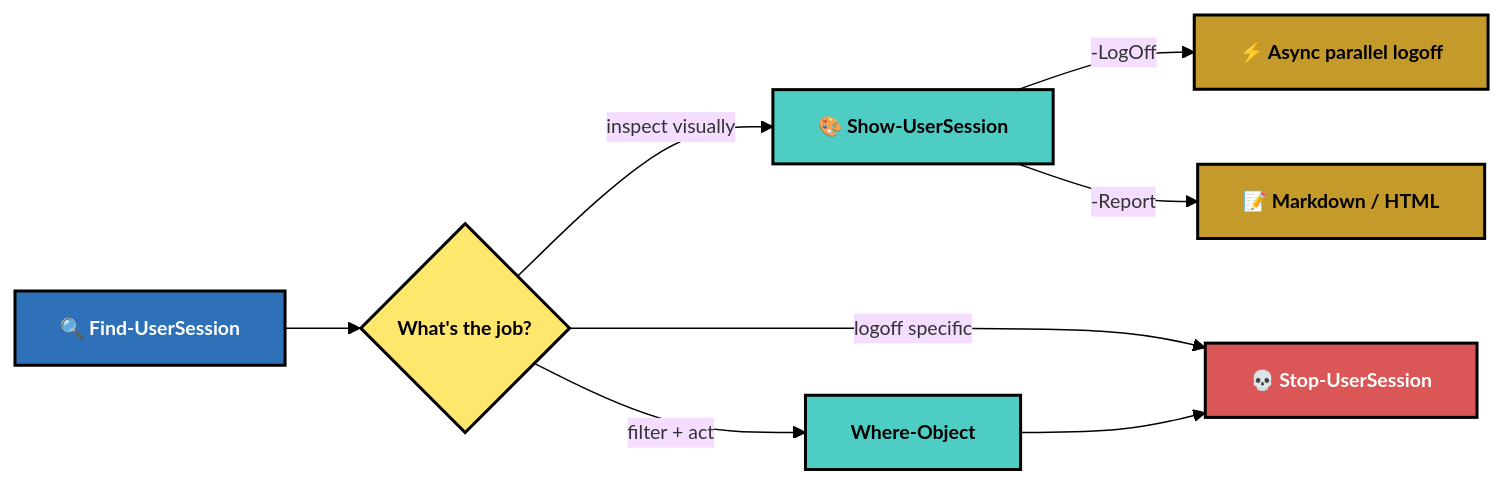
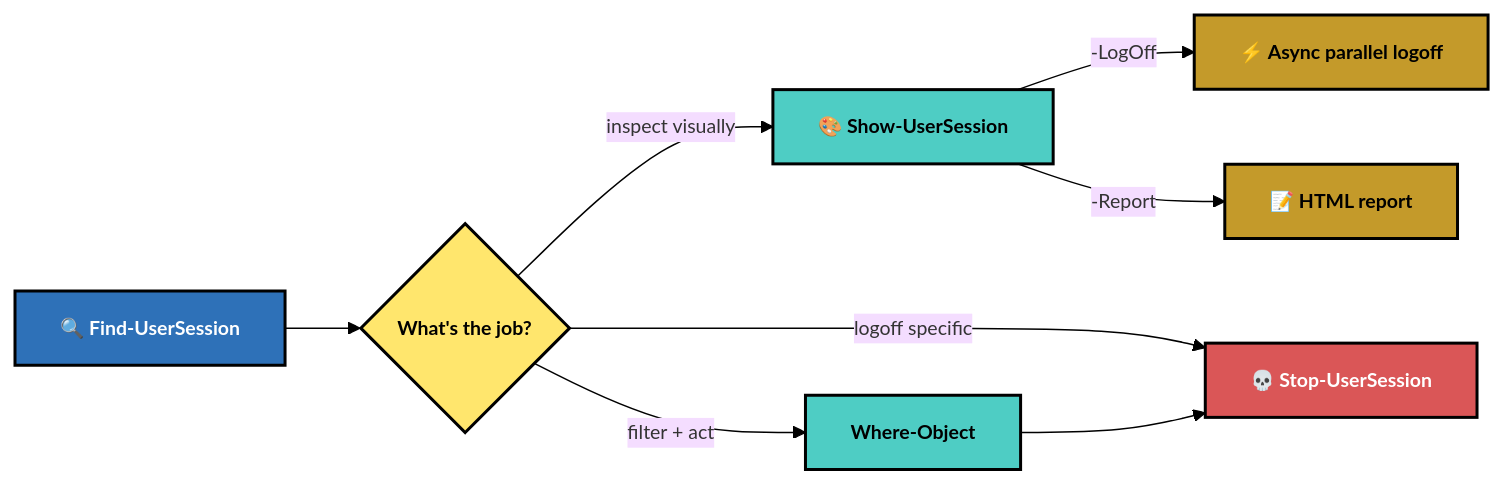
One commit to LISSConsulting/LISSTech.UserSessions changed the second of 3 diagrams in README.md. Above: the diagram before and after it, drawn with Mermaid. The commit also changed other lines of this file and 15 other files, not shown here.

````diff
--- a/README.md
+++ b/README.md
@@ -96,23 +96,23 @@
 ```mermaid
 %%{init: {'theme': 'base', 'themeVariables': {'fontFamily': 'monospace', 'fontSize': '13px', 'primaryBorderColor': '#000', 'lineColor': '#000'}}}%%
 graph LR
     A["🔍 Find-UserSession"] --> B{"What's the job?"}
     B -->|"inspect visually"| C["🎨 Show-UserSession"]
     B -->|"filter + act"| D["Where-Object"]
     B -->|"logoff specific"| E["💀 Stop-UserSession"]
     D --> E
     C -->|"-LogOff"| F["⚡ Async parallel logoff"]
-    C -->|"-Report"| G["📝 Markdown / HTML"]
+    C -->|"-Report"| G["📝 HTML report"]
 
     classDef blue fill:#2E71B8,stroke:#000,stroke-width:2px,color:#fff,font-weight:bold
     classDef mint fill:#4ECDC4,stroke:#000,stroke-width:2px,color:#000,font-weight:bold
     classDef amber fill:#C49A2A,stroke:#000,stroke-width:2px,color:#000,font-weight:bold
     classDef red fill:#DA5657,stroke:#000,stroke-width:2px,color:#fff,font-weight:bold
     classDef decision fill:#FFE66D,stroke:#000,stroke-width:2px,color:#000,font-weight:bold
 
     class A blue
     class B decision
     class C,D mint
     class E red
     class F,G amber
 ```
````
